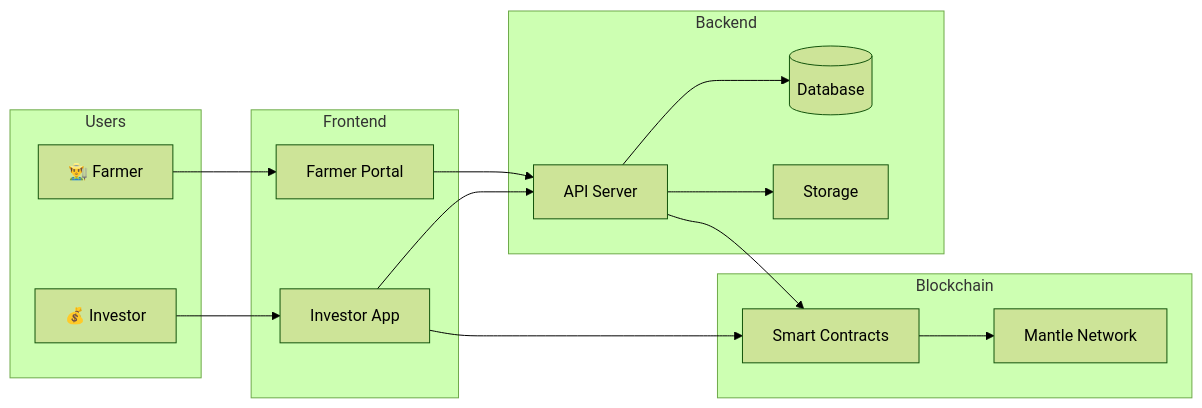
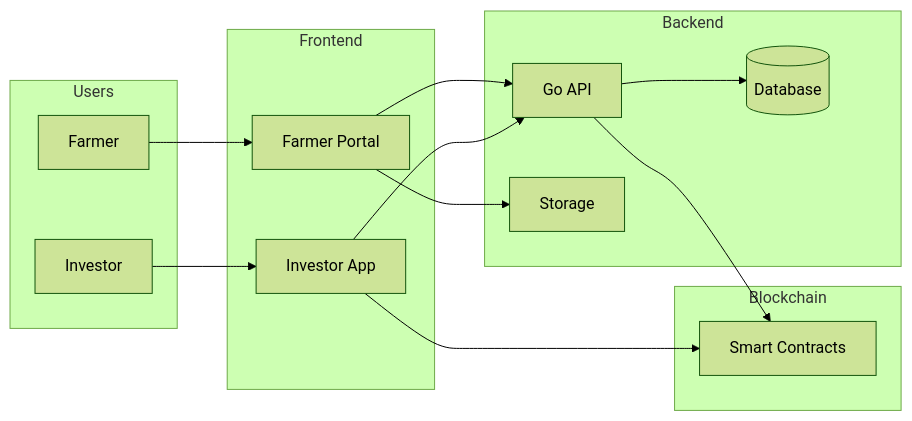
The first of 7 diagrams in gitbook/technical/system-flow.md (OwnaFarm/docs), drawn with Mermaid (forest theme) before and after one commit. The commit also changed other lines of this file and 17 other files, not shown here.

````diff
--- a/gitbook/technical/system-flow.md
+++ b/gitbook/technical/system-flow.md
@@ -11,36 +9,28 @@
 ```mermaid
 graph LR
     subgraph Users
-        F[👨‍🌾 Farmer]
-        I[💰 Investor]
+        F[Farmer]
+        I[Investor]
     end
 
     subgraph Frontend
-        FE1[Farmer Portal]
-        FE2[Investor App]
+        FP[Farmer Portal]
+        IA[Investor App]
     end
 
     subgraph Backend
-        BE[API Server]
+        API[Go API]
         DB[(Database)]
         S3[Storage]
     end
 
     subgraph Blockchain
         SC[Smart Contracts]
-        MANTLE[Mantle Network]
     end
 
-    F --> FE1
-    I --> FE2
-
-    FE1 --> BE
-    FE2 --> BE
-    FE2 --> SC
-
-    BE --> DB
-    BE --> S3
-    BE --> SC
-
-    SC --> MANTLE
+    F --> FP --> API --> DB
+    FP --> S3
+    I --> IA --> API
+    IA --> SC
+    API --> SC
 ```
````
